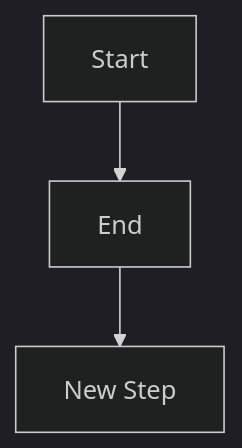
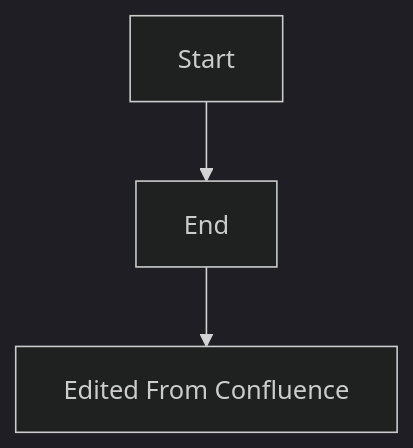
One commit to kbxtremethoughts/mermaid-test changed the diagram in test-diagram.mmd. Above: the diagram before and after it, drawn with Mermaid (dark theme).

Commit message:
Test commit from Confluence

```diff
--- a/test-diagram.mmd
+++ b/test-diagram.mmd
@@ -1,3 +1,3 @@
 graph TD
   A[Start] --> B[End]
-  B --> C[New Step]
+  B --> C[Edited From Confluence]
```
